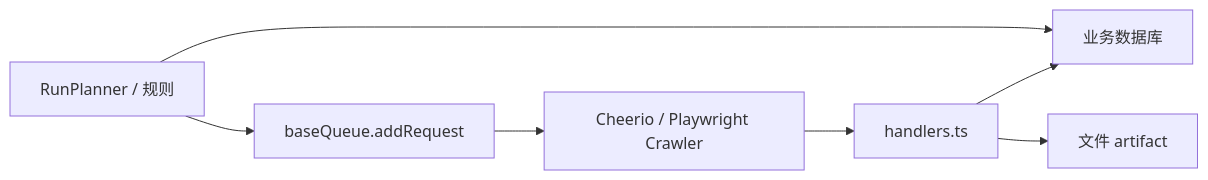
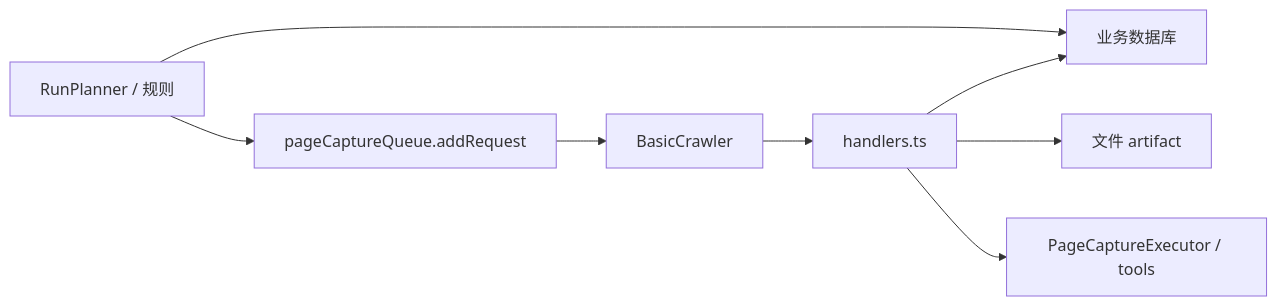
One commit to tianzhipeng-git/kvault-web-capture changed the diagram in docs/tech-details/crawlee-coupling.md. Above: the diagram before and after it, drawn with Mermaid. The commit also changed other lines of this file and 12 other files, not shown here.

````diff
--- a/docs/tech-details/crawlee-coupling.md
+++ b/docs/tech-details/crawlee-coupling.md
@@ -18,9 +18,10 @@
 ```mermaid
 flowchart LR
   Planner["RunPlanner / 规则"] --> DB["业务数据库"]
-  Planner --> Enqueue["baseQueue.addRequest"]
-  Enqueue --> Crawlee["Cheerio / Playwright Crawler"]
+  Planner --> Enqueue["pageCaptureQueue.addRequest"]
+  Enqueue --> Crawlee["BasicCrawler"]
   Crawlee --> Handlers["handlers.ts"]
   Handlers --> DB
   Handlers --> Artifacts["文件 artifact"]
+  Handlers --> Executor["PageCaptureExecutor / tools"]
 ```
````
